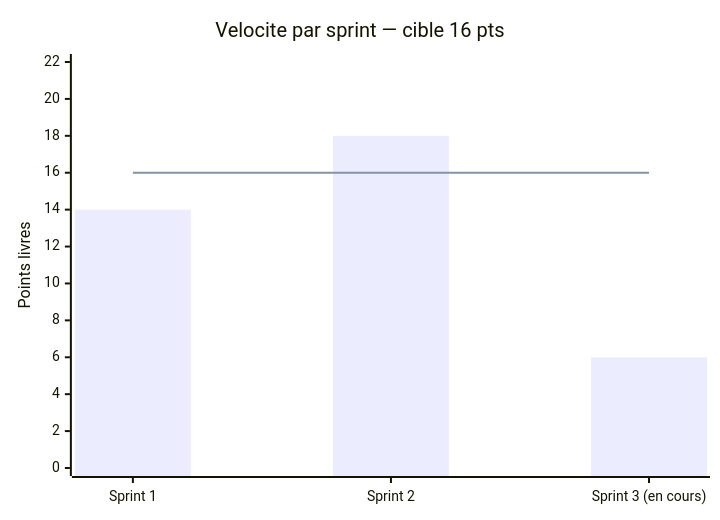
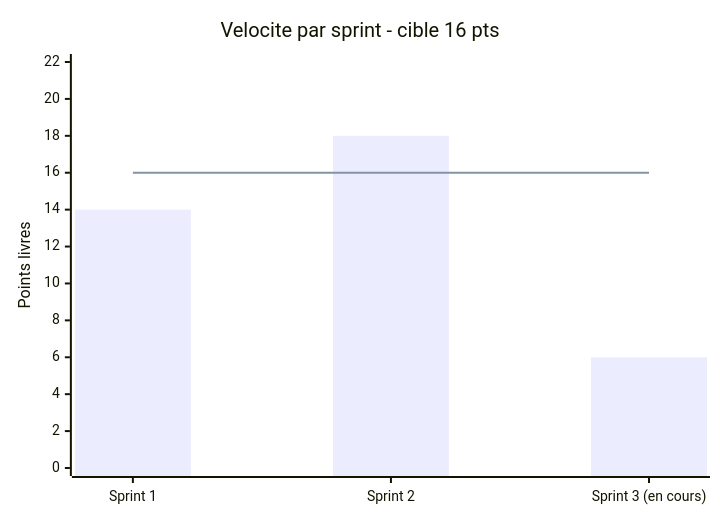
Before and after one commit to POWLAIR/management-projet-numerique: the eighth of 12 diagrams in docs md/Dossier_Projet_B2B_FINAL.md, drawn with Mermaid. The commit also changed other lines of this file, not shown here.

````diff
--- a/docs md/Dossier_Projet_B2B_FINAL.md
+++ b/docs md/Dossier_Projet_B2B_FINAL.md
@@ -766,8 +766,8 @@
 ```mermaid
 xychart-beta
-    title "Velocite par sprint — cible 16 pts"
+    title "Velocite par sprint - cible 16 pts"
     x-axis ["Sprint 1", "Sprint 2", "Sprint 3 (en cours)"]
     y-axis "Points livres" 0 --> 22
     bar [14, 18, 6]
     line [16, 16, 16]
 ```
````
